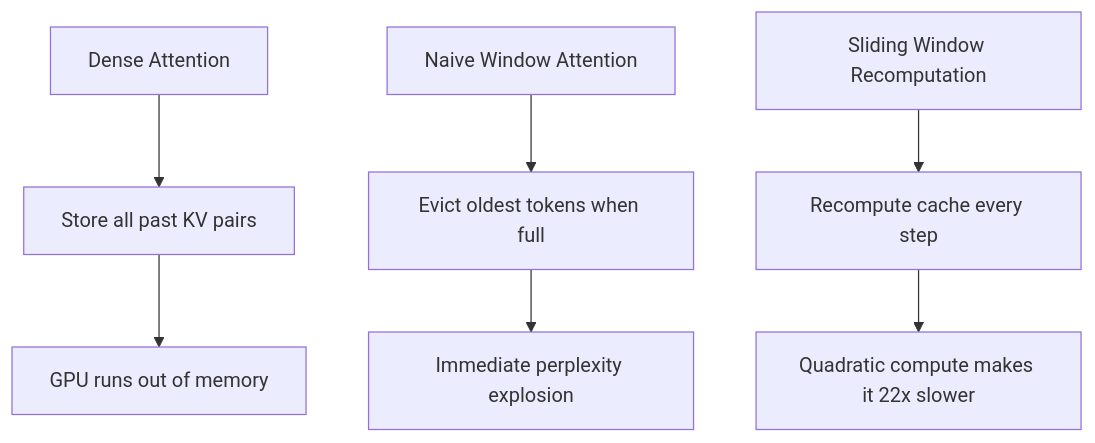
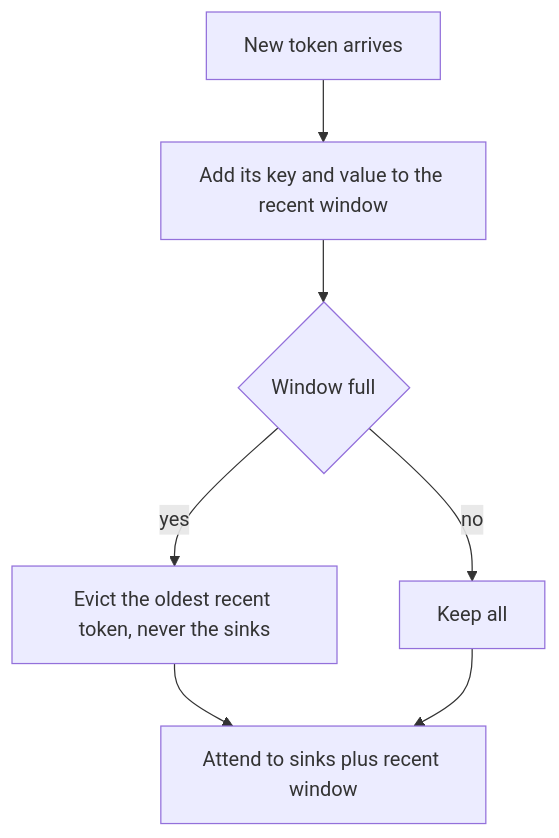
The diagram in content/papers/efficient-streaming-language-models-with-attention-sinks.md (Tarunsai08/PaperStack), drawn with Mermaid before and after one commit. The commit also changed other lines of this file and 10 other files, not shown here.

````diff
--- a/content/papers/efficient-streaming-language-models-with-attention-sinks.md
+++ b/content/papers/efficient-streaming-language-models-with-attention-sinks.md
@@ -96,11 +93,9 @@
 ```mermaid
 flowchart TD
-    A[Dense Attention] --> B[Store all past KV pairs]
-    B --> C[GPU runs out of memory]
-    
-    D[Naive Window Attention] --> E[Evict oldest tokens when full]
-    E --> F[Immediate perplexity explosion]
-    
-    G[Sliding Window Recomputation] --> H[Recompute cache every step]
-    H --> I[Quadratic compute makes it 22x slower]
+  A[New token arrives] --> B[Add its key and value to the recent window]
+  B --> C{Window full}
+  C -- yes --> D[Evict the oldest recent token, never the sinks]
+  C -- no --> E[Keep all]
+  D --> F[Attend to sinks plus recent window]
+  E --> F
 ```
````
